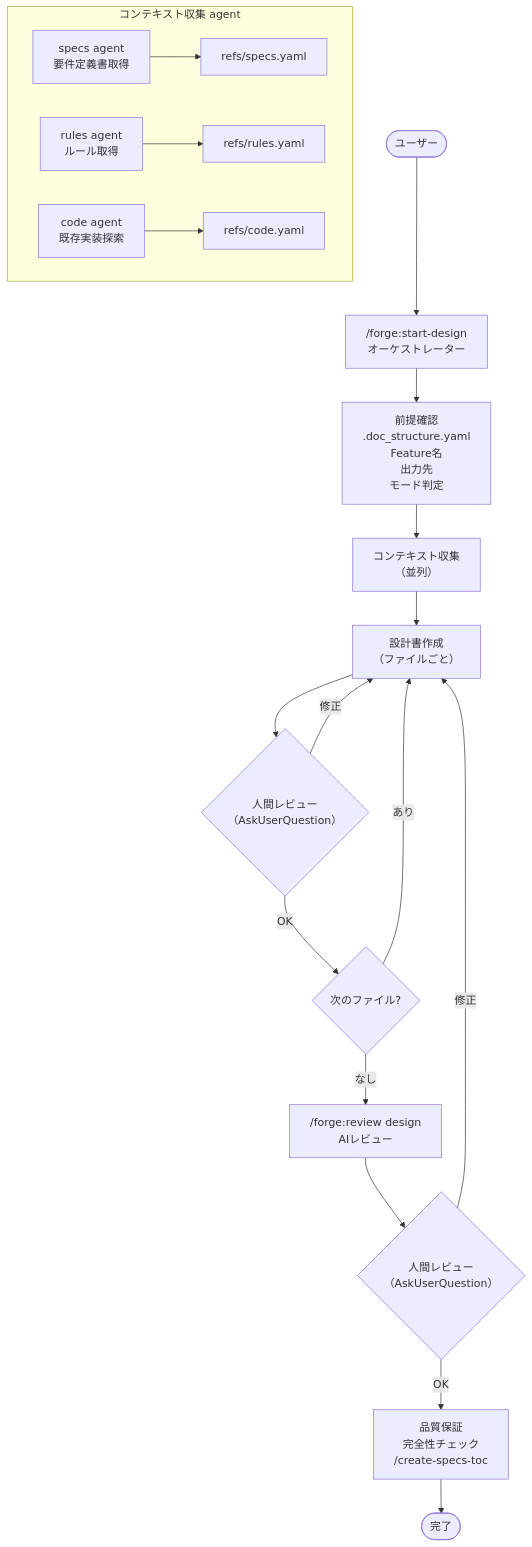
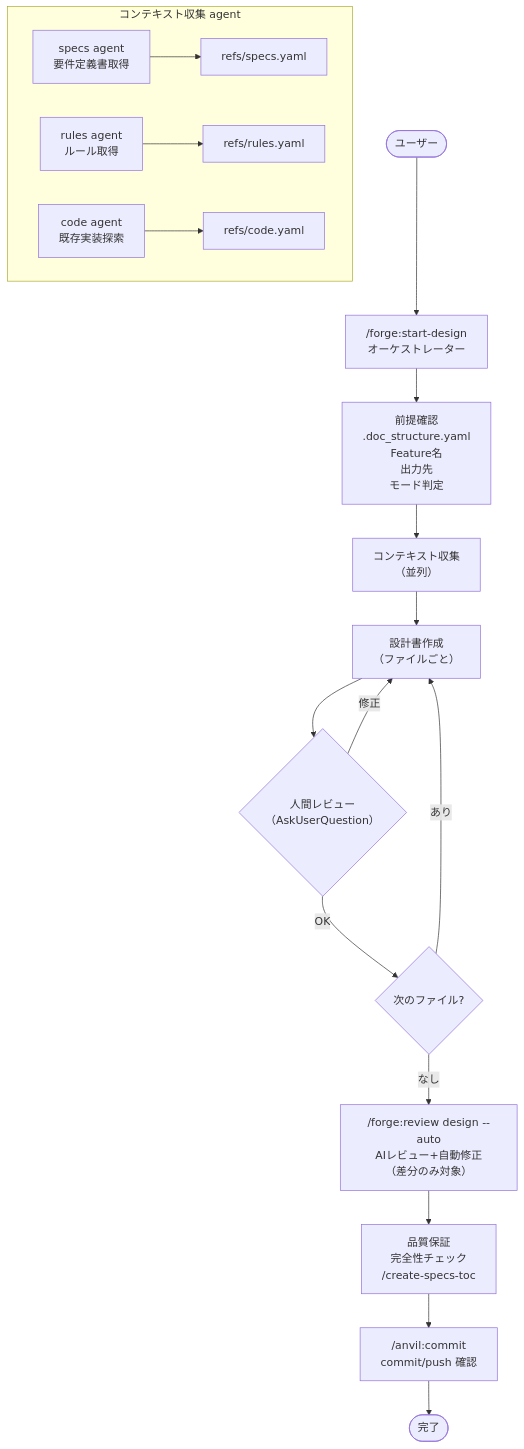
One commit to BlueEventHorizon/bw-cc-plugins changed the diagram in docs/specs/forge/design/create_design_workflow_design.md. Above: the diagram before and after it, drawn with Mermaid. The commit also changed other lines of this file and 19 other files, not shown here.

Commit message:
refactor: unify orchestrator completion flow (review --auto → ToC → commit), abolish finalize, remove parse_review_args.py, move rules from CLAUDE.md to docs/rules/

````diff
--- a/docs/specs/forge/design/create_design_workflow_design.md
+++ b/docs/specs/forge/design/create_design_workflow_design.md
@@ -26,31 +26,30 @@
 ```mermaid
 flowchart TD
     User([ユーザー]) --> ORCHESTRATOR
 
     ORCHESTRATOR["/forge:start-design<br>オーケストレーター"] --> PREREQ
 
     PREREQ["前提確認<br>.doc_structure.yaml<br>Feature名<br>出力先<br>モード判定"] --> CONTEXT
 
     CONTEXT["コンテキスト収集<br>（並列）"] --> DESIGN
 
     subgraph CONTEXT_AGENTS["コンテキスト収集 agent"]
         A1["specs agent<br>要件定義書取得"] --> REFS_SPECS["refs/specs.yaml"]
         A2["rules agent<br>ルール取得"] --> REFS_RULES["refs/rules.yaml"]
         A3["code agent<br>既存実装探索"] --> REFS_CODE["refs/code.yaml"]
     end
 
     DESIGN["設計書作成<br>（ファイルごと）"] --> REVIEW_ASK
 
     REVIEW_ASK{"人間レビュー<br>（AskUserQuestion）"} -->|"OK"| NEXT_FILE
     REVIEW_ASK -->|"修正"| DESIGN
 
     NEXT_FILE{次のファイル?} -->|"あり"| DESIGN
     NEXT_FILE -->|"なし"| AI_REVIEW
 
-    AI_REVIEW["/forge:review design<br>AIレビュー"] --> HUMAN_REVIEW2
+    AI_REVIEW["/forge:review design --auto<br>AIレビュー+自動修正<br>（差分のみ対象）"] --> QA
 
-    HUMAN_REVIEW2{"人間レビュー<br>（AskUserQuestion）"} -->|"OK"| QA
-    HUMAN_REVIEW2 -->|"修正"| DESIGN
+    QA["品質保証<br>完全性チェック<br>/create-specs-toc"] --> COMMIT
 
-    QA["品質保証<br>完全性チェック<br>/create-specs-toc"] --> End([完了])
+    COMMIT["/anvil:commit<br>commit/push 確認"] --> End([完了])
 ```
````
